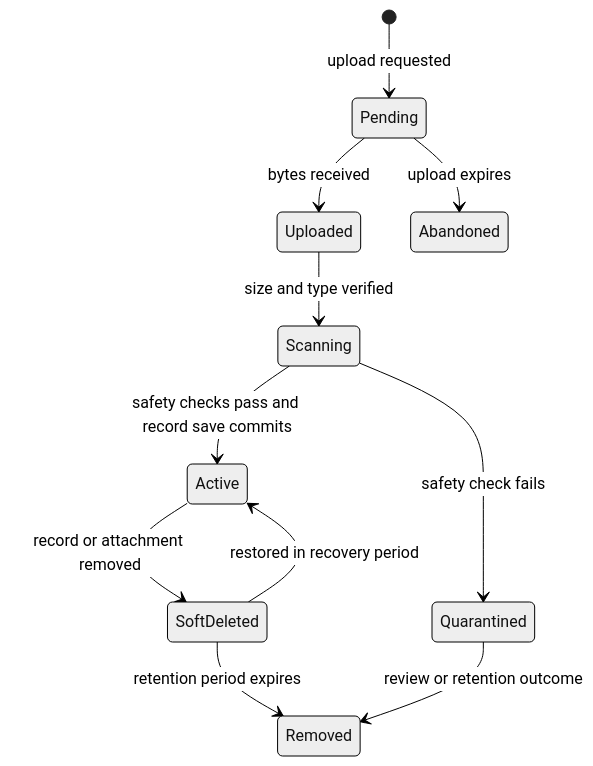
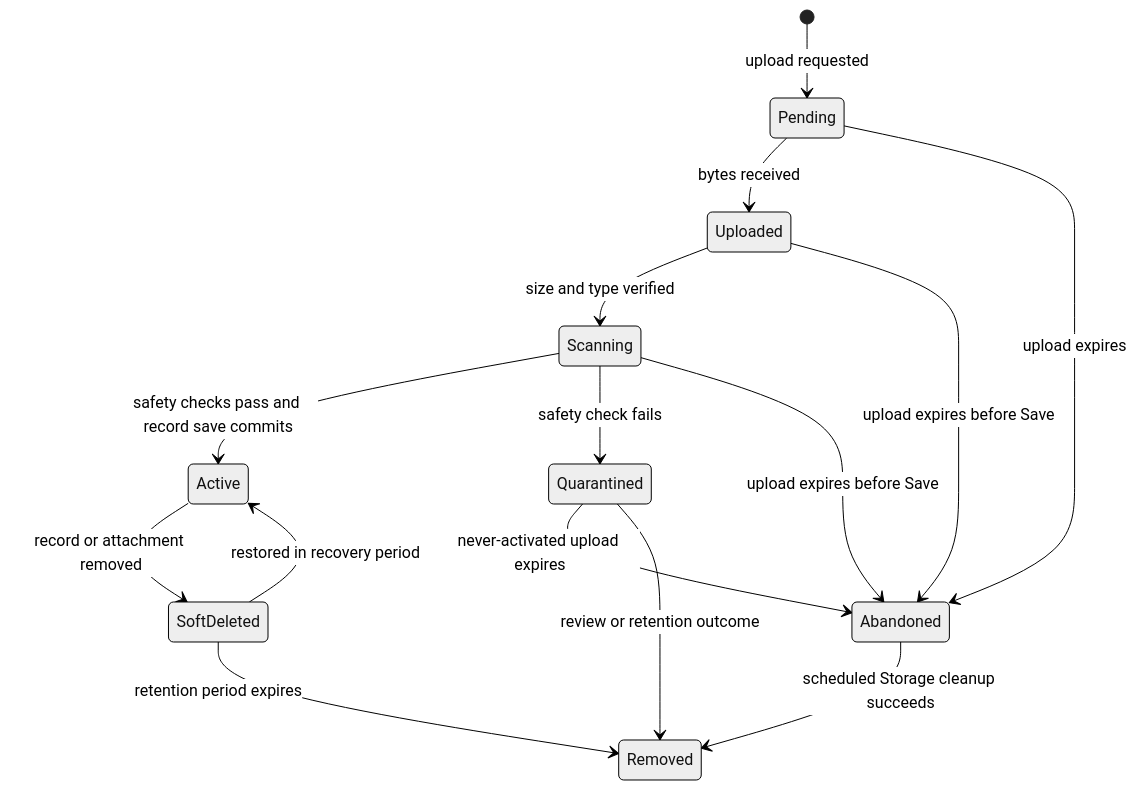
The diagram in docs/specification/11-files-and-attachments.md (Abzum-NZ/Abzum-Vortex), drawn with Mermaid (neutral theme) before and after one commit. The commit also changed other lines of this file and 14 other files, not shown here.

````diff
--- a/docs/specification/11-files-and-attachments.md
+++ b/docs/specification/11-files-and-attachments.md
@@ -9,13 +9,17 @@
 ```mermaid
 stateDiagram-v2
     [*] --> Pending: upload requested
     Pending --> Uploaded: bytes received
     Uploaded --> Scanning: size and type verified
     Scanning --> Active: safety checks pass and record save commits
     Scanning --> Quarantined: safety check fails
     Pending --> Abandoned: upload expires
+    Uploaded --> Abandoned: upload expires before Save
+    Scanning --> Abandoned: upload expires before Save
+    Quarantined --> Abandoned: never-activated upload expires
+    Abandoned --> Removed: scheduled Storage cleanup succeeds
     Active --> SoftDeleted: record or attachment removed
     SoftDeleted --> Active: restored in recovery period
     SoftDeleted --> Removed: retention period expires
     Quarantined --> Removed: review or retention outcome
 ```
````
